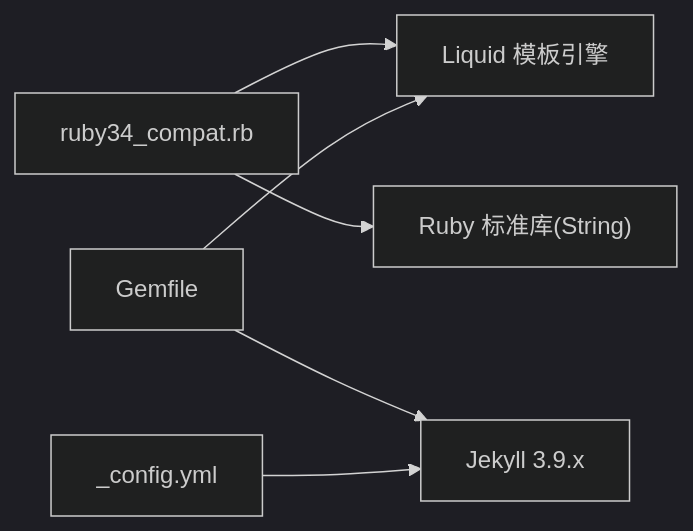
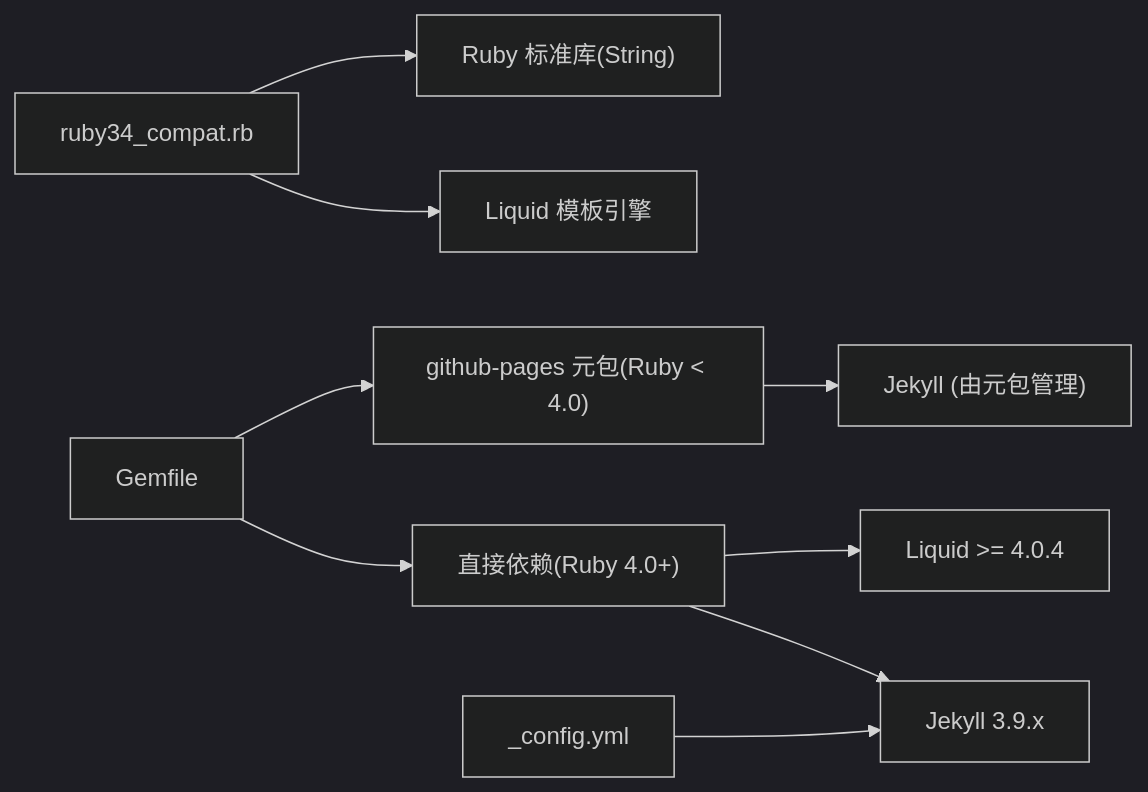
The sixth of 6 diagrams in .qoder/repowiki/zh/content/插件系统/Ruby 兼容性插件.md (LZC6244/lzc6244.github.io), drawn with Mermaid (dark theme) before and after one commit. The commit also changed other lines of this file and 36 other files, not shown here.

````diff
--- a/.qoder/repowiki/zh/content/插件系统/Ruby 兼容性插件.md
+++ b/.qoder/repowiki/zh/content/插件系统/Ruby 兼容性插件.md
@@ -186,8 +232,11 @@
 ```mermaid
 graph LR
 Plugin["ruby34_compat.rb"] --> Liquid["Liquid 模板引擎"]
 Plugin --> RubyStd["Ruby 标准库(String)"]
-Gemfile["Gemfile"] --> Liquid
-Gemfile --> Jekyll["Jekyll 3.9.x"]
+Gemfile["Gemfile"] --> DirectDep["直接依赖(Ruby 4.0+)"]
+Gemfile --> MetaPackage["github-pages 元包(Ruby < 4.0)"]
+DirectDep --> Jekyll["Jekyll 3.9.x"]
+DirectDep --> LiquidNew["Liquid >= 4.0.4"]
+MetaPackage --> JekyllOld["Jekyll (由元包管理)"]
 Config["_config.yml"] --> Jekyll
 ```
````
